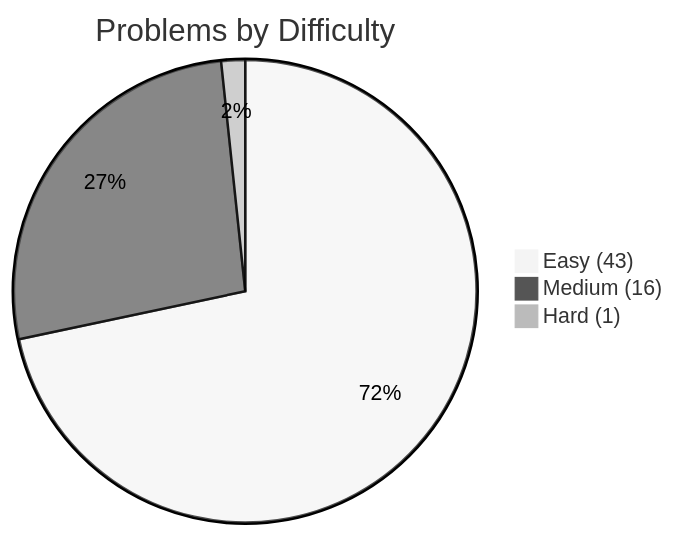
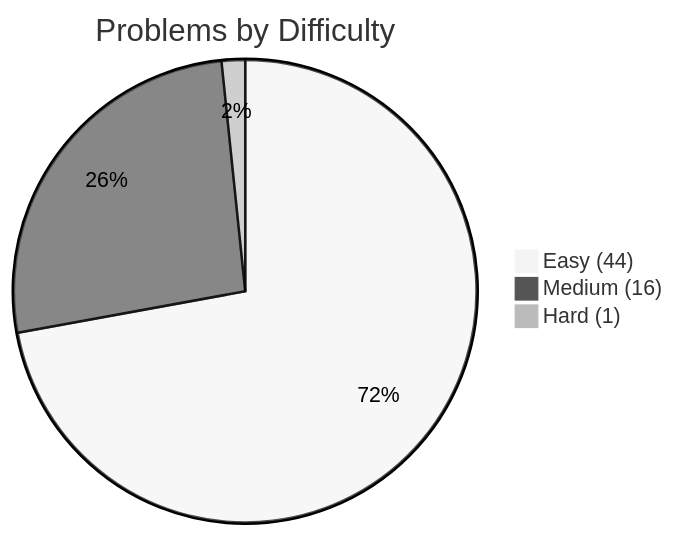
Before and after one commit to kanishk-procoder/leetcode-grind: the first of 2 diagrams in PROGRESS.md, drawn with Mermaid (neutral theme). The commit also changed other lines of this file and 4 other files, not shown here.

````diff
--- a/PROGRESS.md
+++ b/PROGRESS.md
@@ -5,6 +5,6 @@
 ```mermaid
 pie title Problems by Difficulty
-    "Easy (43)" : 43
+    "Easy (44)" : 44
     "Medium (16)" : 16
     "Hard (1)" : 1
 ```
````
